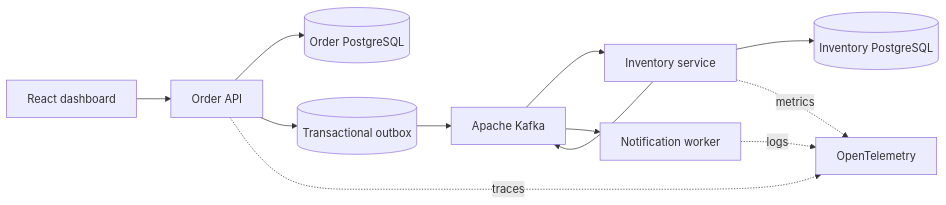
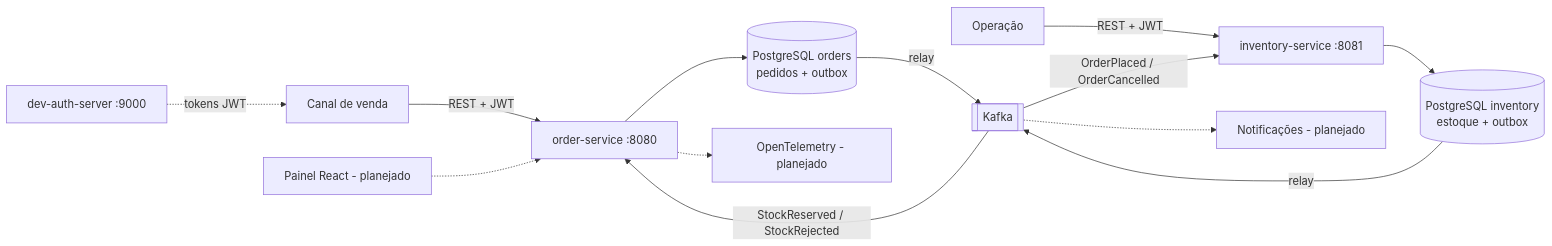
The diagram in README.md (asmeduardo/orderflow-platform), drawn with Mermaid before and after one commit. The commit also changed other lines of this file and 1 other file, not shown here.

````diff
--- a/README.md
+++ b/README.md
@@ -36,14 +27,15 @@
 ```mermaid
 flowchart LR
-    UI[React dashboard] --> API[Order API]
-    API --> OP[(Order PostgreSQL)]
-    API --> OUTBOX[(Transactional outbox)]
-    OUTBOX --> K[Apache Kafka]
-    K --> INV[Inventory service]
-    INV --> IP[(Inventory PostgreSQL)]
-    INV --> K
-    K --> NOTIFY[Notification worker]
-    API -. traces .-> OBS[OpenTelemetry]
-    INV -. metrics .-> OBS
-    NOTIFY -. logs .-> OBS
+    C[Canal de venda] -->|REST + JWT| OS[order-service :8080]
+    OP[Operação] -->|REST + JWT| IS[inventory-service :8081]
+    AS[dev-auth-server :9000] -.->|tokens JWT| C
+    OS --> ODB[(PostgreSQL orders<br/>pedidos + outbox)]
+    IS --> IDB[(PostgreSQL inventory<br/>estoque + outbox)]
+    ODB -->|relay| K[[Kafka]]
+    IDB -->|relay| K
+    K -->|OrderPlaced / OrderCancelled| IS
+    K -->|StockReserved / StockRejected| OS
+    UI[Painel React - planejado] -.-> OS
+    K -.-> N[Notificações - planejado]
+    OS -.-> OBS[OpenTelemetry - planejado]
 ```
````
